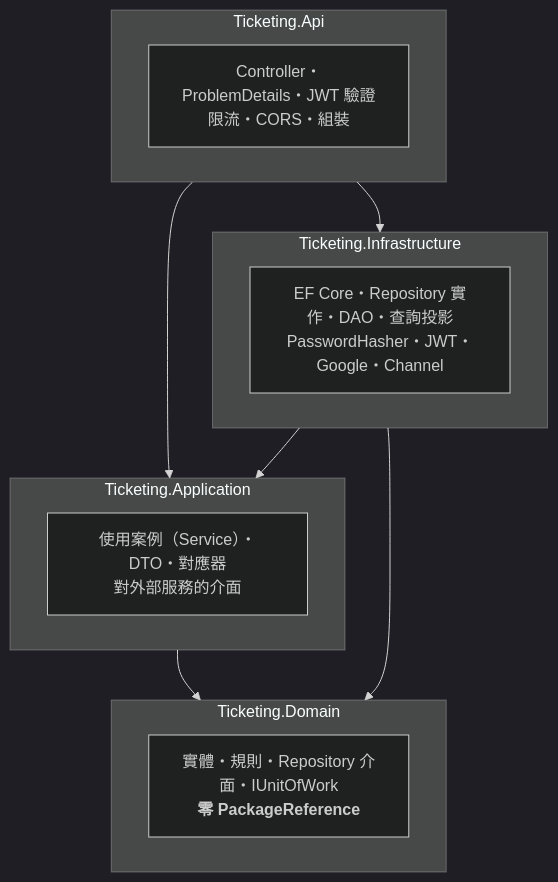
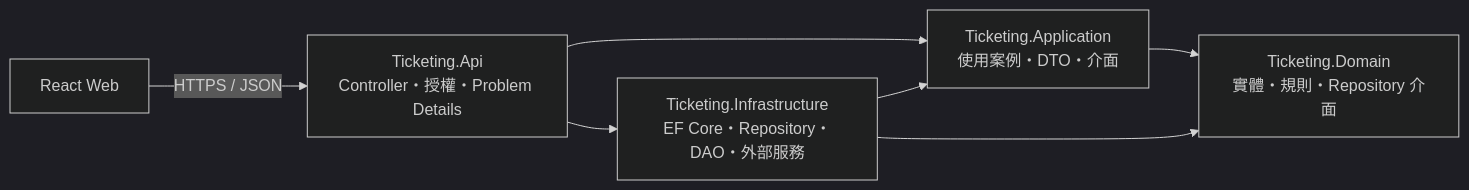
One commit to zach0627/ticketing changed the diagram in README.md. Above: the diagram before and after it, drawn with Mermaid (dark theme). The commit also changed other lines of this file and 8 other files, not shown here.

````diff
--- a/README.md
+++ b/README.md
@@ -51,21 +61,9 @@
 ```mermaid
-flowchart TB
-    subgraph API["Ticketing.Api"]
-        A["Controller・ProblemDetails・JWT 驗證<br/>限流・CORS・組裝"]
-    end
-    subgraph INF["Ticketing.Infrastructure"]
-        I["EF Core・Repository 實作・DAO・查詢投影<br/>PasswordHasher・JWT・Google・Channel"]
-    end
-    subgraph APP["Ticketing.Application"]
-        P["使用案例（Service）・DTO・對應器<br/>對外部服務的介面"]
-    end
-    subgraph DOM["Ticketing.Domain"]
-        D["實體・規則・Repository 介面・IUnitOfWork<br/><b>零 PackageReference</b>"]
-    end
-
-    API --> APP
-    API --> INF
+flowchart LR
+    WEB["React Web"] -->|HTTPS / JSON| API["Ticketing.Api<br/>Controller・授權・Problem Details"]
+    API --> APP["Ticketing.Application<br/>使用案例・DTO・介面"]
+    API --> INF["Ticketing.Infrastructure<br/>EF Core・Repository・DAO・外部服務"]
     INF --> APP
-    INF --> DOM
+    INF --> DOM["Ticketing.Domain<br/>實體・規則・Repository 介面"]
     APP --> DOM
 ```
````
